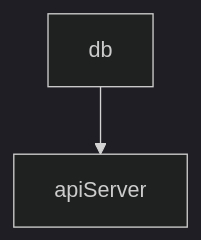
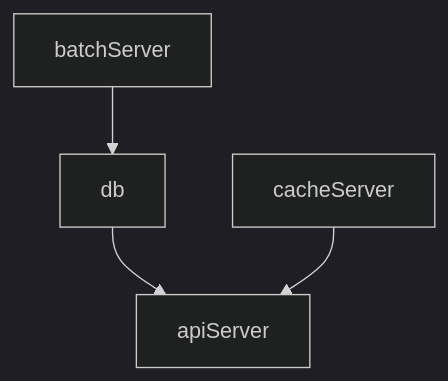
One commit to tsugumi-sys/readBook changed the diagram in src/e-learn/system-design-url-shortener-service.md. Above: the diagram before and after it, drawn with Mermaid (dark theme). The commit also changed other lines of this file, not shown here.

````diff
--- a/src/e-learn/system-design-url-shortener-service.md
+++ b/src/e-learn/system-design-url-shortener-service.md
@@ -18,4 +18,6 @@
 ```mermaid
 flowchart TD
     db --> apiServer
+    batchServer --> db
+    cacheServer --> apiServer
 ```
````
